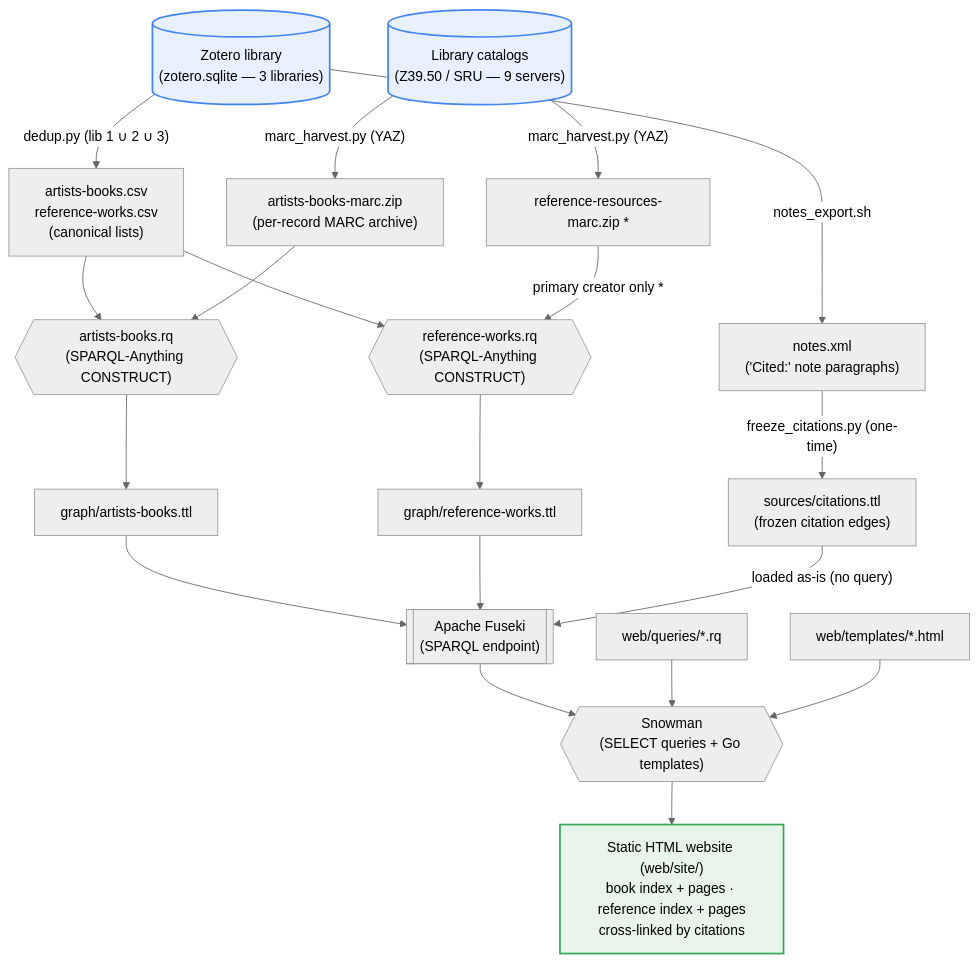
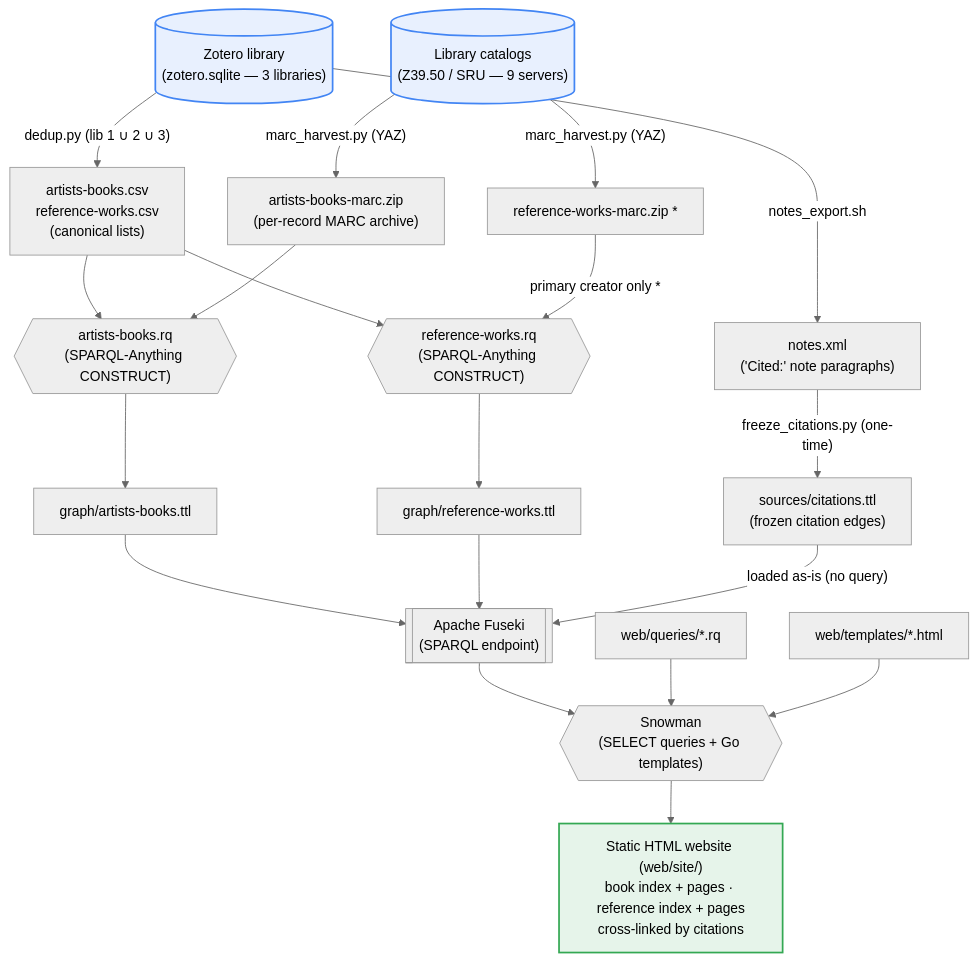
The diagram in docs/PIPELINE.md (dkglab/artists-books), drawn with Mermaid (neutral theme) before and after one commit. The commit also changed other lines of this file and 23 other files, not shown here.

````diff
--- a/docs/PIPELINE.md
+++ b/docs/PIPELINE.md
@@ -5,41 +5,41 @@
 ```mermaid
 flowchart TD
     %% ---- Inputs ----
     zotero[("Zotero library<br/>(zotero.sqlite — 3 libraries)")]
     catalogs[("Library catalogs<br/>(Z39.50 / SRU — 9 servers)")]
 
     %% ---- Stage 1: source extraction + one-time Phase-0 freeze (issue #82) ----
     zotero -->|"dedup.py (lib 1 ∪ 2 ∪ 3)"| csvs["artists-books.csv<br/>reference-works.csv<br/>(canonical lists)"]
     zotero -->|"notes_export.sh"| notes["notes.xml<br/>('Cited:' note paragraphs)"]
     notes -->|"freeze_citations.py (one-time)"| citttl["sources/citations.ttl<br/>(frozen citation edges)"]
 
     catalogs -->|"marc_harvest.py (YAZ)"| marc["artists-books-marc.zip<br/>(per-record MARC archive)"]
-    catalogs -->|"marc_harvest.py (YAZ)"| refmarc["reference-resources-marc.zip *"]
+    catalogs -->|"marc_harvest.py (YAZ)"| refmarc["reference-works-marc.zip *"]
 
     %% ---- Stage 2: CONSTRUCT queries (SPARQL-Anything) ----
     csvs --> abrq{{"artists-books.rq<br/>(SPARQL-Anything CONSTRUCT)"}}
     marc --> abrq
     csvs --> refrq{{"reference-works.rq<br/>(SPARQL-Anything CONSTRUCT)"}}
     refmarc -->|"primary creator only *"| refrq
 
     abrq --> abttl["graph/artists-books.ttl"]
     refrq --> refttl["graph/reference-works.ttl"]
 
     %% ---- Stage 3: graph store ----
     abttl --> fuseki[["Apache Fuseki<br/>(SPARQL endpoint)"]]
     refttl --> fuseki
     citttl -->|"loaded as-is (no query)"| fuseki
 
     %% ---- Stage 4: site generation ----
     fuseki --> snowman{{"Snowman<br/>(SELECT queries + Go templates)"}}
     selects["web/queries/*.rq"] --> snowman
     templates["web/templates/*.html"] --> snowman
 
     %% ---- Output ----
     snowman --> site["Static HTML website (web/site/)<br/>book index + pages · reference index + pages<br/>cross-linked by citations"]
 
     classDef input fill:#e8f0fe,stroke:#4285f4,stroke-width:2px;
     classDef output fill:#e6f4ea,stroke:#34a853,stroke-width:2px;
     class zotero,catalogs input;
     class site output;
 ```
````
